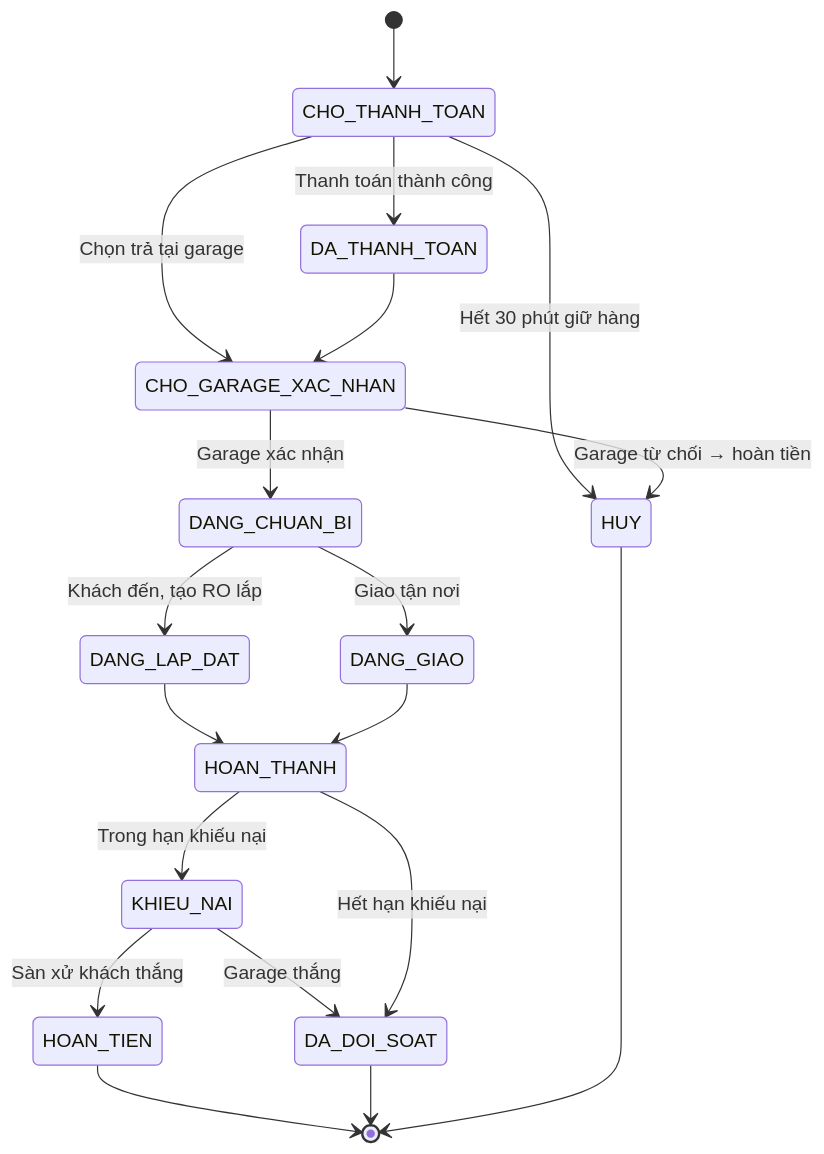
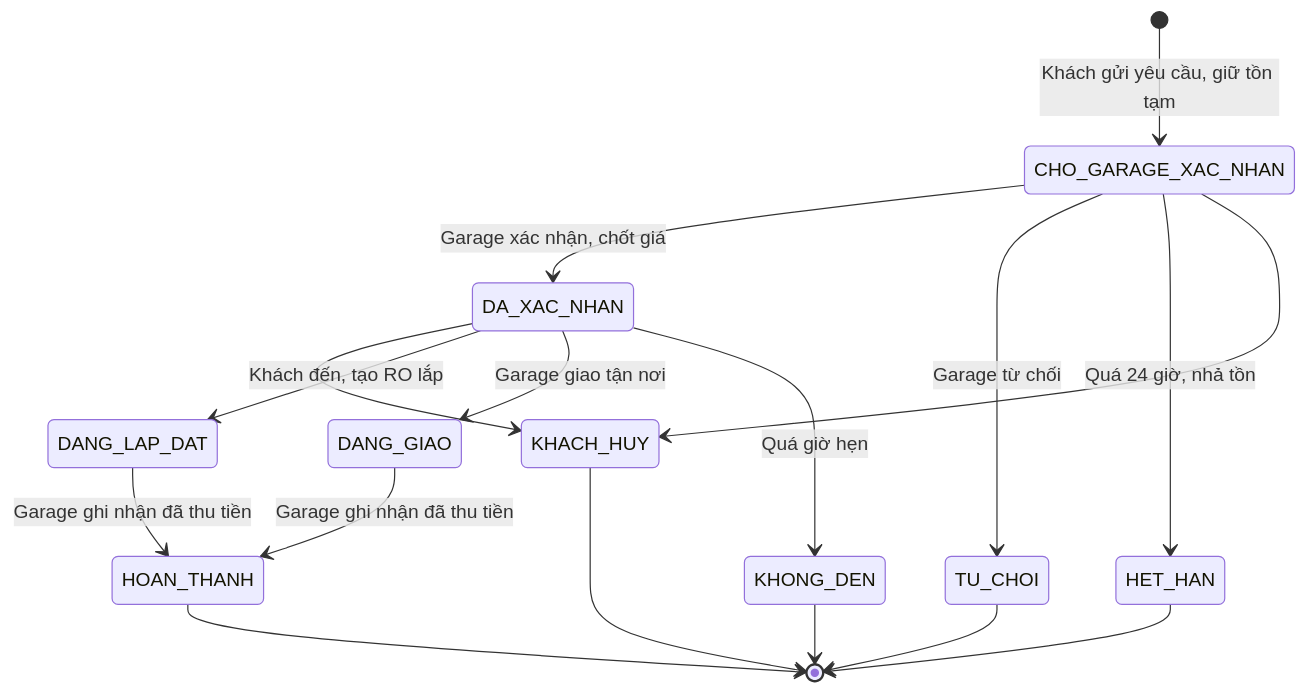
One commit to south93/cardiy-crm changed the third of 8 diagrams in docs/05-trang-thai.md. Above: the diagram before and after it, drawn with Mermaid. The commit also changed other lines of this file and 9 other files, not shown here.

First line of the commit message:
Cập nhật đặc tả: sàn chỉ là trung gian, cứu hộ là dịch vụ của garage; thêm lộ trình

````diff
--- a/docs/05-trang-thai.md
+++ b/docs/05-trang-thai.md
@@ -50,21 +50,19 @@
 ```mermaid
 stateDiagram-v2
-  [*] --> CHO_THANH_TOAN
-  CHO_THANH_TOAN --> DA_THANH_TOAN: Thanh toán thành công
-  CHO_THANH_TOAN --> HUY: Hết 30 phút giữ hàng
-  CHO_THANH_TOAN --> CHO_GARAGE_XAC_NHAN: Chọn trả tại garage
-  DA_THANH_TOAN --> CHO_GARAGE_XAC_NHAN
-  CHO_GARAGE_XAC_NHAN --> DANG_CHUAN_BI: Garage xác nhận
-  CHO_GARAGE_XAC_NHAN --> HUY: Garage từ chối → hoàn tiền
-  DANG_CHUAN_BI --> DANG_LAP_DAT: Khách đến, tạo RO lắp
-  DANG_CHUAN_BI --> DANG_GIAO: Giao tận nơi
-  DANG_LAP_DAT --> HOAN_THANH
-  DANG_GIAO --> HOAN_THANH
-  HOAN_THANH --> KHIEU_NAI: Trong hạn khiếu nại
-  KHIEU_NAI --> HOAN_TIEN: Sàn xử khách thắng
-  KHIEU_NAI --> DA_DOI_SOAT: Garage thắng
-  HOAN_THANH --> DA_DOI_SOAT: Hết hạn khiếu nại
-  HOAN_TIEN --> [*]
-  DA_DOI_SOAT --> [*]
-  HUY --> [*]
+  [*] --> CHO_GARAGE_XAC_NHAN: Khách gửi yêu cầu, giữ tồn tạm
+  CHO_GARAGE_XAC_NHAN --> DA_XAC_NHAN: Garage xác nhận, chốt giá
+  CHO_GARAGE_XAC_NHAN --> TU_CHOI: Garage từ chối
+  CHO_GARAGE_XAC_NHAN --> HET_HAN: Quá 24 giờ, nhả tồn
+  CHO_GARAGE_XAC_NHAN --> KHACH_HUY
+  DA_XAC_NHAN --> KHACH_HUY
+  DA_XAC_NHAN --> DANG_LAP_DAT: Khách đến, tạo RO lắp
+  DA_XAC_NHAN --> DANG_GIAO: Garage giao tận nơi
+  DA_XAC_NHAN --> KHONG_DEN: Quá giờ hẹn
+  DANG_LAP_DAT --> HOAN_THANH: Garage ghi nhận đã thu tiền
+  DANG_GIAO --> HOAN_THANH: Garage ghi nhận đã thu tiền
+  HOAN_THANH --> [*]
+  TU_CHOI --> [*]
+  HET_HAN --> [*]
+  KHACH_HUY --> [*]
+  KHONG_DEN --> [*]
 ```
````
